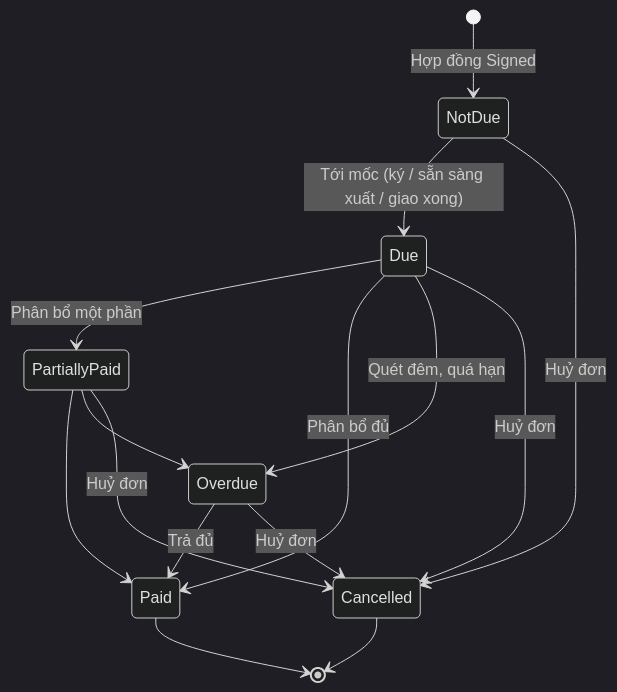
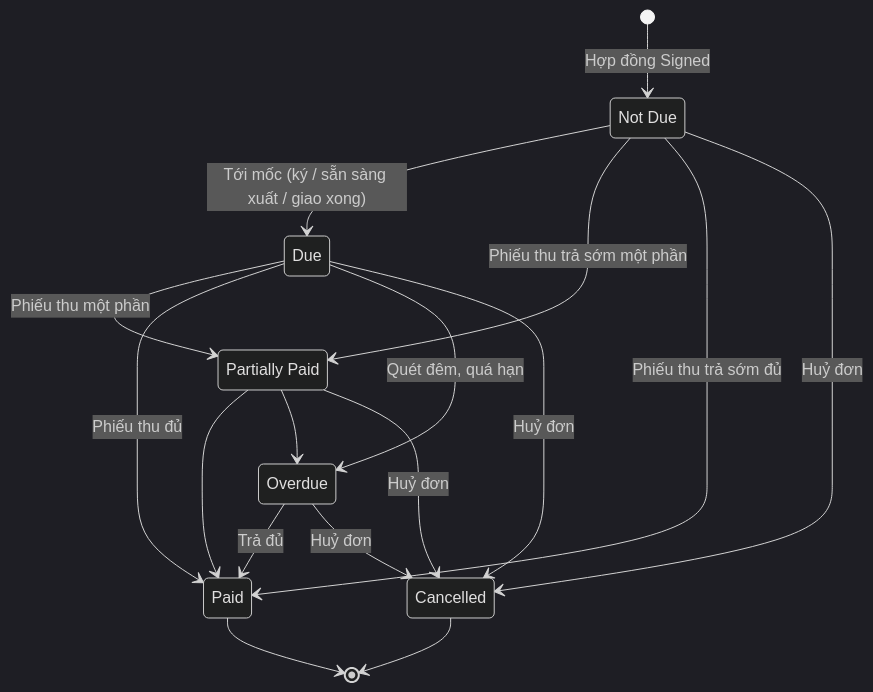
Before and after one commit to KLTN-FA26/docs: the first of 2 diagrams in docs/ecommerce/15-payment/README.md, drawn with Mermaid (dark theme). The commit also changed other lines of this file and 16 other files, not shown here.

````diff
--- a/docs/ecommerce/15-payment/README.md
+++ b/docs/ecommerce/15-payment/README.md
@@ -179,17 +174,21 @@
 ```mermaid
 stateDiagram-v2
+    state "Not Due" as NotDue
+    state "Partially Paid" as PartiallyPaid
     [*] --> NotDue: Hợp đồng Signed
     NotDue --> Due: Tới mốc (ký / sẵn sàng xuất / giao xong)
-    Due --> PartiallyPaid: Phân bổ một phần
-    Due --> Paid: Phân bổ đủ
+    NotDue --> PartiallyPaid: Phiếu thu trả sớm một phần
+    NotDue --> Paid: Phiếu thu trả sớm đủ
+    Due --> PartiallyPaid: Phiếu thu một phần
+    Due --> Paid: Phiếu thu đủ
     Due --> Overdue: Quét đêm, quá hạn
     PartiallyPaid --> Paid
     PartiallyPaid --> Overdue
     Overdue --> Paid: Trả đủ
     NotDue --> Cancelled: Huỷ đơn
     Due --> Cancelled: Huỷ đơn
     PartiallyPaid --> Cancelled: Huỷ đơn
     Overdue --> Cancelled: Huỷ đơn
     Paid --> [*]
     Cancelled --> [*]
 ```
````
